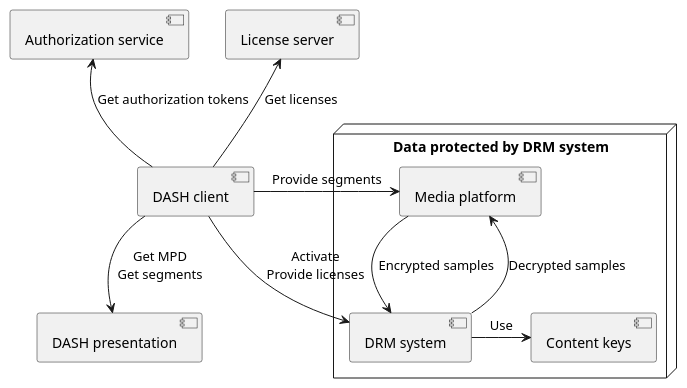
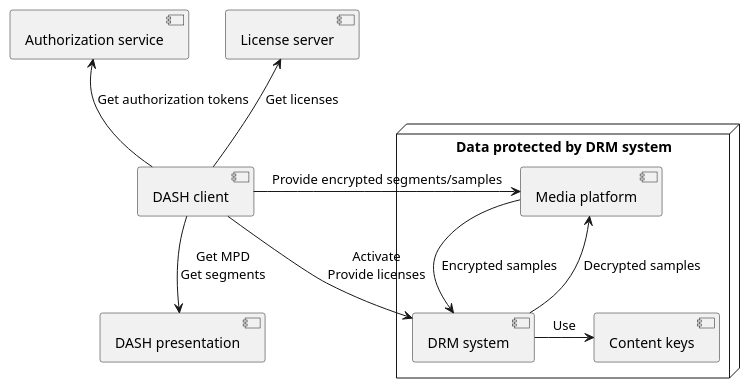
Before and after one commit to Dash-Industry-Forum/Guidelines-Security: the diagram in Diagrams/DrmBigPicture.wsd, drawn with PlantUML. The commit also changed 2 other files, not shown here.

```diff
--- a/Diagrams/DrmBigPicture.wsd
+++ b/Diagrams/DrmBigPicture.wsd
@@ -1,29 +1,29 @@
 @startuml
 
 [DASH presentation] as DASH
 
 [DASH client] as Client
 
 node "Data protected by DRM system" {
     [Content keys] as Key
 
     [Media platform] as MediaPlatform
     [DRM system] as DRM
 }
 
 [License server] as LicenseServer
 [Authorization service] as Authz
 
 Client -down-> DASH : Get MPD\nGet segments
-Client -> MediaPlatform : Provide segments
+Client -> MediaPlatform : Provide encrypted segments/samples
 Client -down-> DRM : Activate\nProvide licenses
 
 DRM -> MediaPlatform : Decrypted samples
 MediaPlatform --> DRM : Encrypted samples
 
 DRM -> Key : Use
 
 Client -up-> LicenseServer : Get licenses
 Client -up-> Authz : Get authorization tokens
 
 @enduml
```
